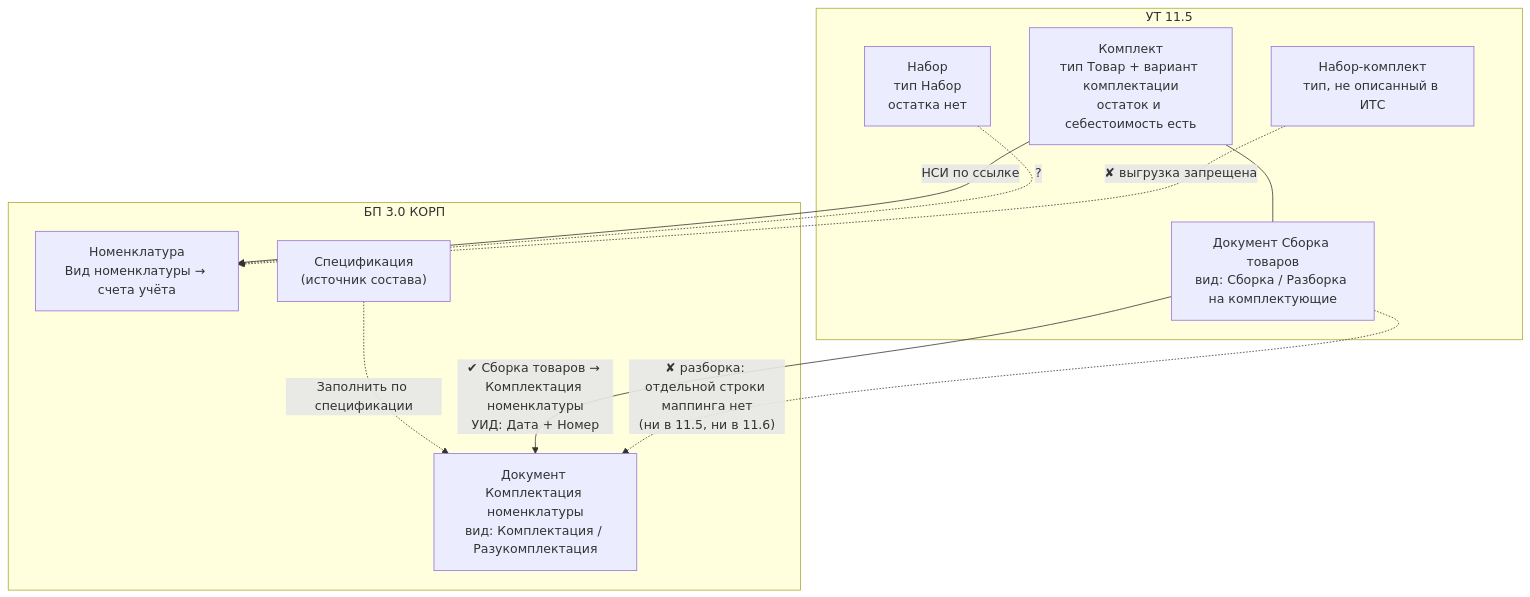
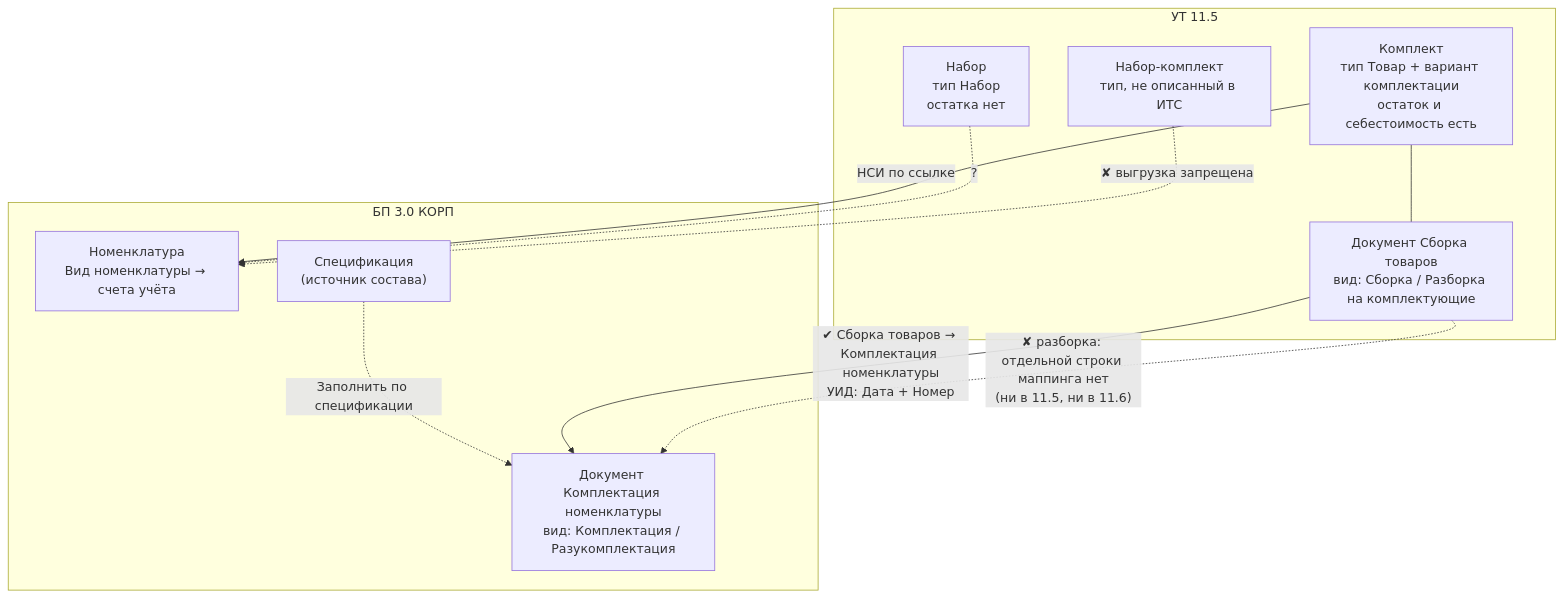
One commit to grevinden/komplekty-ut-bp changed the diagram in docs/01-glavnaya-karta.md. Above: the diagram before and after it, drawn with Mermaid. The commit also changed 2 other files, not shown here.

Commit message:
Схема УТ↔БП: вертикальная компоновка, крупнее (18px, natural size)

````diff
--- a/docs/01-glavnaya-karta.md
+++ b/docs/01-glavnaya-karta.md
@@ -46,21 +46,22 @@
 ```mermaid
 flowchart TB
   subgraph UT["УТ 11.5"]
     K["Комплект<br/>тип Товар + вариант комплектации<br/>остаток и себестоимость есть"]
     N["Набор<br/>тип Набор<br/>остатка нет"]
     NK["Набор-комплект<br/>тип, не описанный в ИТС"]
     SB["Документ Сборка товаров<br/>вид: Сборка / Разборка на комплектующие"]
     K --- SB
   end
   subgraph BP["БП 3.0 КОРП"]
     CN["Документ Комплектация номенклатуры<br/>вид: Комплектация / Разукомплектация"]
     NO["Номенклатура<br/>Вид номенклатуры → счета учёта"]
     SP["Спецификация<br/>(источник состава)"]
     SP -.->|"Заполнить по спецификации"| CN
   end
   SB -->|"✔ Сборка товаров → Комплектация номенклатуры<br/>УИД: Дата + Номер"| CN
   SB -.->|"✘ разборка: отдельной строки маппинга нет<br/>(ни в 11.5, ни в 11.6)"| CN
   K -->|"НСИ по ссылке"| NO
   N -.->|"?"| NO
   NK -.->|"✘ выгрузка запрещена"| NO
+  UT ~~~ BP
 ```
````
